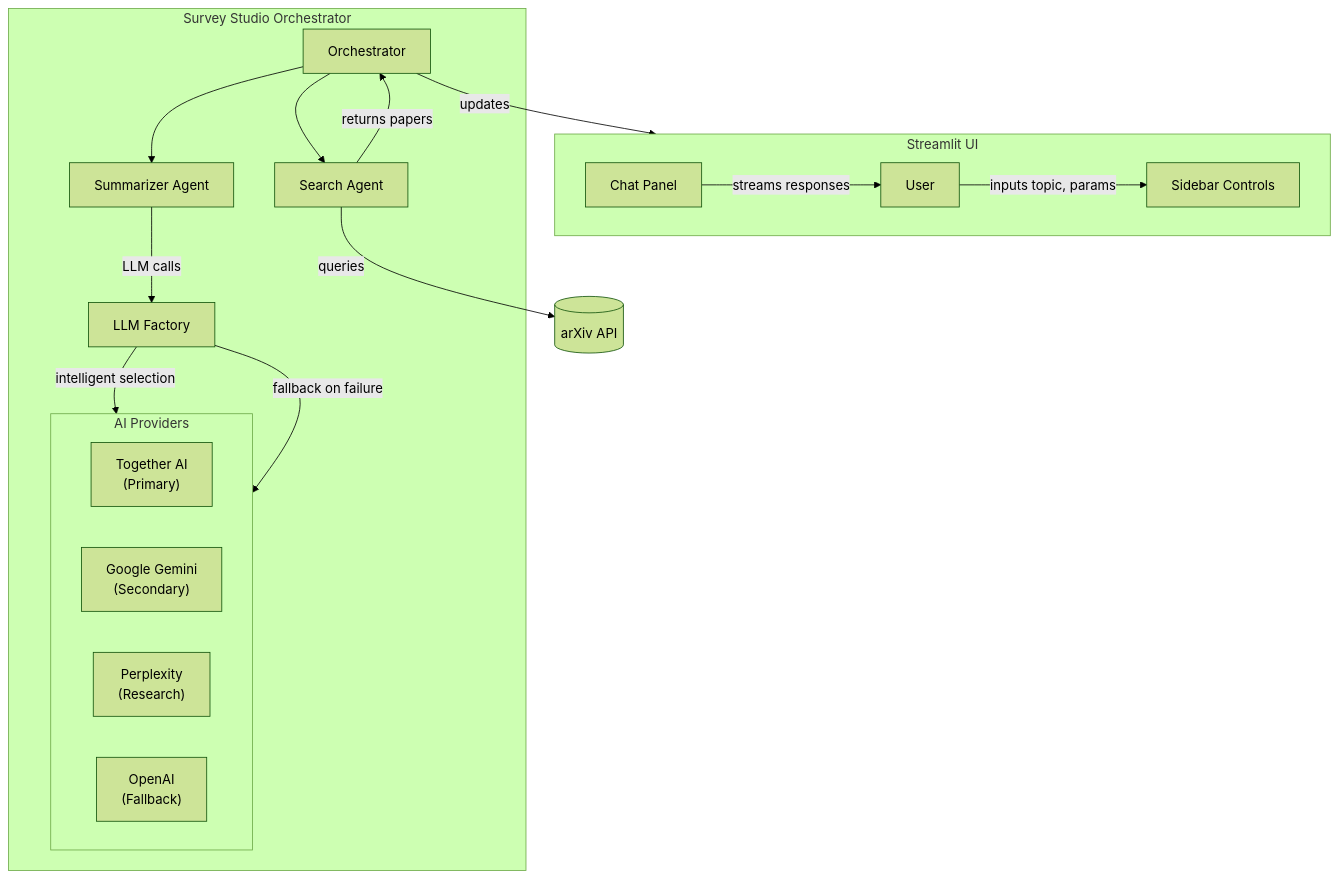
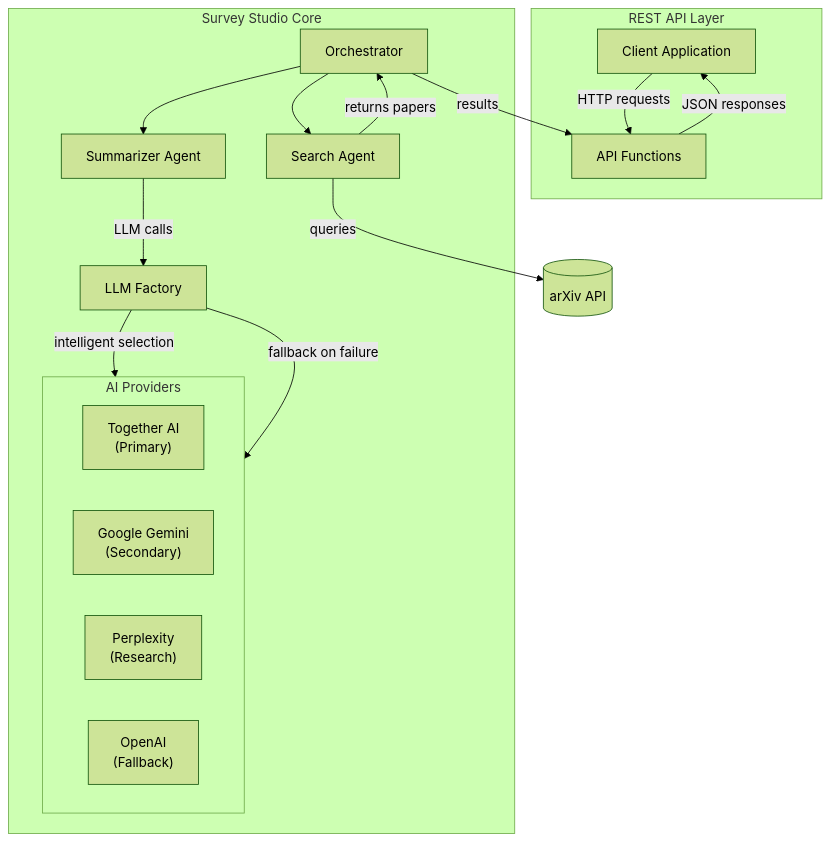
One commit to Aditya-gam/survey-studio changed the diagram in README.md. Above: the diagram before and after it, drawn with Mermaid (forest theme). The commit also changed other lines of this file and 13 other files, not shown here.

First line of the commit message:
refactor: remove streamlit UI, add REST API with export support

````diff
--- a/README.md
+++ b/README.md
@@ -32,26 +33,26 @@
 ```mermaid
 flowchart TD
-  subgraph UI["Streamlit UI"]
-    User["User"] -->|"inputs topic, params"| Sidebar["Sidebar Controls"]
-    Chat["Chat Panel"] -->|"streams responses"| User
+  subgraph API["REST API Layer"]
+    Client["Client Application"] -->|"HTTP requests"| APIFunctions["API Functions"]
+    APIFunctions -->|"JSON responses"| Client
   end
 
-  subgraph Backend["Survey Studio Orchestrator"]
+  subgraph Backend["Survey Studio Core"]
     Orchestrator["Orchestrator"] --> SearchAgent
     Orchestrator --> SummarizerAgent
     LLMFactory["LLM Factory"] -->|"intelligent selection"| AIProviders
   end
 
   subgraph AIProviders["AI Providers"]
     TogetherAI["Together AI<br/>(Primary)"]
     Gemini["Google Gemini<br/>(Secondary)"]
     Perplexity["Perplexity<br/>(Research)"]
     OpenAI["OpenAI<br/>(Fallback)"]
   end
 
   SearchAgent["Search Agent"] -->|"queries"| ArXiv[("arXiv API")]
   SearchAgent -->|"returns papers"| Orchestrator
   SummarizerAgent["Summarizer Agent"] -->|"LLM calls"| LLMFactory
   LLMFactory -->|"fallback on failure"| AIProviders
-  Orchestrator -->|"updates"| UI
+  Orchestrator -->|"results"| APIFunctions
 ```
````
